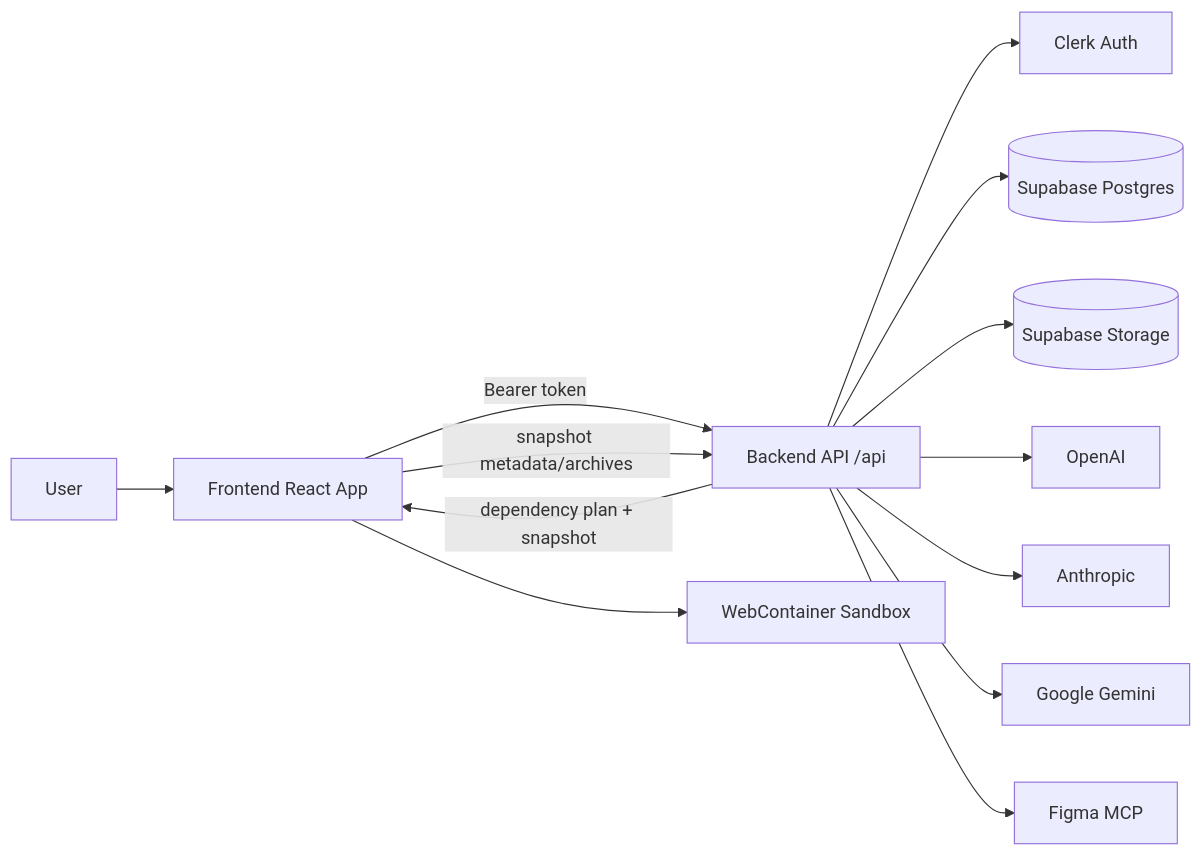
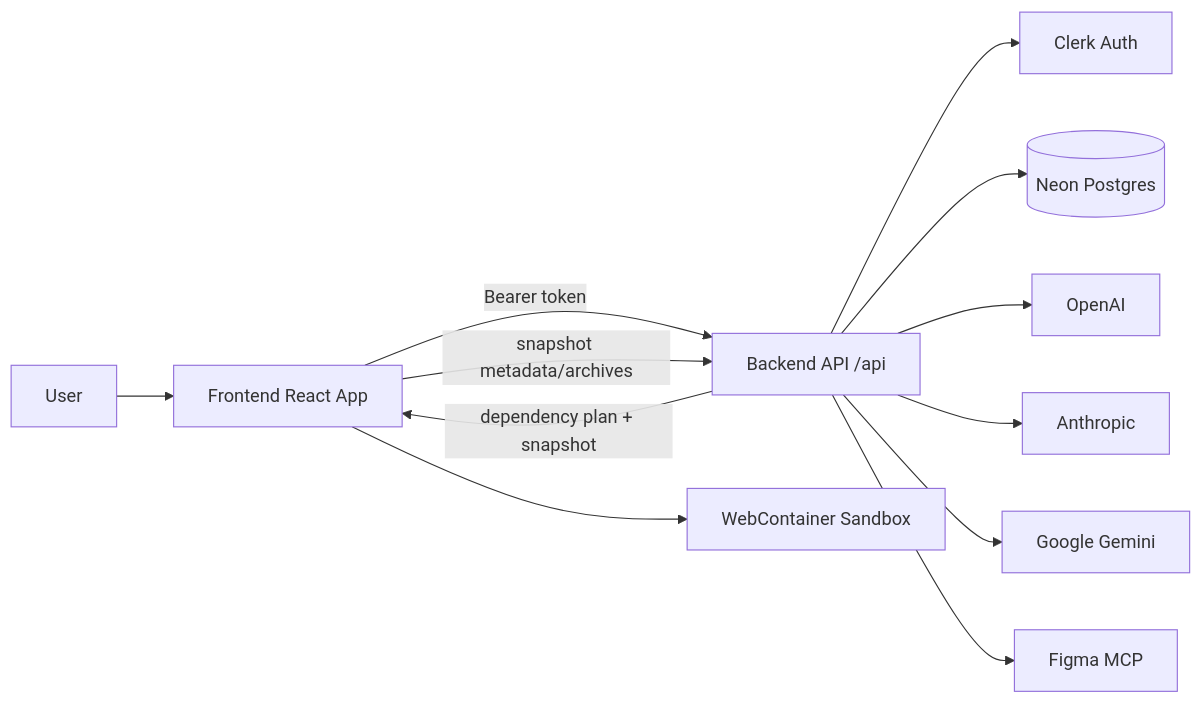
Before and after one commit to SpiritOfKedar/nextgen: the first of 4 diagrams in README.md, drawn with Mermaid. The commit also changed other lines of this file and 27 other files, not shown here.

Commit message:
feat: transition from Supabase to Neon Postgres, update database connection handling, and enhance migration management with new SQL files

````diff
--- a/README.md
+++ b/README.md
@@ -79,15 +79,14 @@
 ```mermaid
 flowchart LR
   U[User] --> FE[Frontend React App]
   FE -->|Bearer token| BE[Backend API /api]
   BE --> CK[Clerk Auth]
-  BE --> DB[(Supabase Postgres)]
-  BE --> ST[(Supabase Storage)]
+  BE --> DB[(Neon Postgres)]
   BE --> AI1[OpenAI]
   BE --> AI2[Anthropic]
   BE --> AI3[Google Gemini]
   BE --> MCP[Figma MCP]
   FE --> WC[WebContainer Sandbox]
   FE -->|snapshot metadata/archives| BE
   BE -->|dependency plan + snapshot| FE
 ```
````
